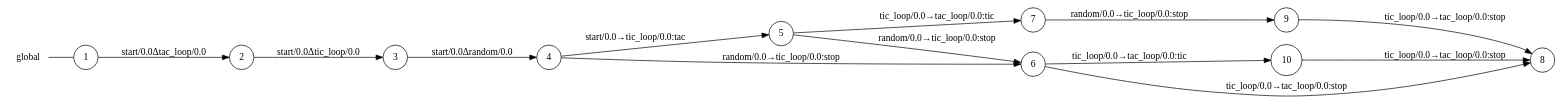
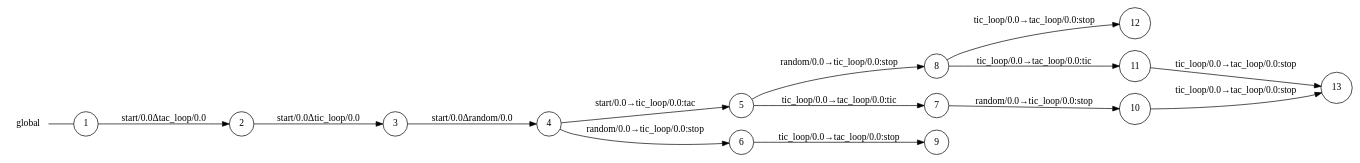
One commit to gabrielegenovese/chorer changed the diagram in examples/ticktackstop/start_0_global_view.dot. Above: the diagram before and after it, drawn with Graphviz. The commit also changed 81 other files, not shown here.

```diff
--- a/examples/ticktackstop/start_0_global_view.dot
+++ b/examples/ticktackstop/start_0_global_view.dot
@@ -1,28 +1,32 @@
 digraph global {
 	rankdir="LR";
 	n_0 [label="global", shape="plaintext"];
 	n_1 [id="5", shape=circle, label="5"];
-	n_2 [id="6", shape=circle, label="6"];
-	n_3 [id="10", shape=circle, label="10"];
-	n_4 [id="1", shape=circle, label="1"];
-	n_0 -> n_4 [arrowhead=none];
-	n_5 [id="9", shape=circle, label="9"];
-	n_6 [id="2", shape=circle, label="2"];
-	n_7 [id="8", shape=circle, label="8"];
-	n_8 [id="4", shape=circle, label="4"];
-	n_9 [id="7", shape=circle, label="7"];
-	n_10 [id="3", shape=circle, label="3"];
+	n_2 [id="12", shape=circle, label="12"];
+	n_3 [id="11", shape=circle, label="11"];
+	n_4 [id="6", shape=circle, label="6"];
+	n_5 [id="13", shape=circle, label="13"];
+	n_6 [id="10", shape=circle, label="10"];
+	n_7 [id="1", shape=circle, label="1"];
+	n_0 -> n_7 [arrowhead=none];
+	n_8 [id="9", shape=circle, label="9"];
+	n_9 [id="2", shape=circle, label="2"];
+	n_10 [id="8", shape=circle, label="8"];
+	n_11 [id="4", shape=circle, label="4"];
+	n_12 [id="7", shape=circle, label="7"];
+	n_13 [id="3", shape=circle, label="3"];
 
-	n_3 -> n_7 [id="[$e|11]", label="tic_loop/0.0→tac_loop/0.0:stop"];
-	n_5 -> n_7 [id="[$e|10]", label="tic_loop/0.0→tac_loop/0.0:stop"];
-	n_2 -> n_7 [id="[$e|7]", label="tic_loop/0.0→tac_loop/0.0:stop"];
-	n_10 -> n_8 [id="[$e|2]", label="start/0.0Δrandom/0.0"];
-	n_8 -> n_1 [id="[$e|3]", label="start/0.0→tic_loop/0.0:tac"];
-	n_1 -> n_9 [id="[$e|5]", label="tic_loop/0.0→tac_loop/0.0:tic"];
-	n_1 -> n_2 [id="[$e|6]", label="random/0.0→tic_loop/0.0:stop"];
-	n_6 -> n_10 [id="[$e|1]", label="start/0.0Δtic_loop/0.0"];
-	n_2 -> n_3 [id="[$e|9]", label="tic_loop/0.0→tac_loop/0.0:tic"];
-	n_4 -> n_6 [id="[$e|0]", label="start/0.0Δtac_loop/0.0"];
-	n_8 -> n_2 [id="[$e|4]", label="random/0.0→tic_loop/0.0:stop"];
-	n_9 -> n_5 [id="[$e|8]", label="random/0.0→tic_loop/0.0:stop"];
+	n_11 -> n_1 [id="[$e|3]", label="start/0.0→tic_loop/0.0:tac"];
+	n_6 -> n_5 [id="[$e|11]", label="tic_loop/0.0→tac_loop/0.0:stop"];
+	n_3 -> n_5 [id="[$e|12]", label="tic_loop/0.0→tac_loop/0.0:stop"];
+	n_12 -> n_6 [id="[$e|8]", label="random/0.0→tic_loop/0.0:stop"];
+	n_9 -> n_13 [id="[$e|1]", label="start/0.0Δtic_loop/0.0"];
+	n_1 -> n_10 [id="[$e|6]", label="random/0.0→tic_loop/0.0:stop"];
+	n_11 -> n_4 [id="[$e|4]", label="random/0.0→tic_loop/0.0:stop"];
+	n_4 -> n_8 [id="[$e|7]", label="tic_loop/0.0→tac_loop/0.0:stop"];
+	n_13 -> n_11 [id="[$e|2]", label="start/0.0Δrandom/0.0"];
+	n_1 -> n_12 [id="[$e|5]", label="tic_loop/0.0→tac_loop/0.0:tic"];
+	n_7 -> n_9 [id="[$e|0]", label="start/0.0Δtac_loop/0.0"];
+	n_10 -> n_3 [id="[$e|9]", label="tic_loop/0.0→tac_loop/0.0:tic"];
+	n_10 -> n_2 [id="[$e|10]", label="tic_loop/0.0→tac_loop/0.0:stop"];
 }
```
